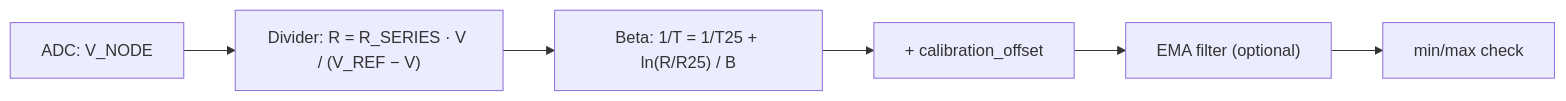
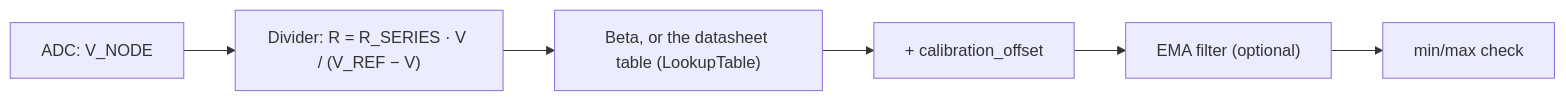
The diagram in docs/conversion.md (hardfoc/hf-ntc-thermistor-driver), drawn with Mermaid before and after one commit. The commit also changed other lines of this file and 32 other files, not shown here.

First line of the commit message:
Datasheet conformance: lookup table, Steinhart-Hart, calibration, sample delay, B from config, install rules, real ESP32 ADC (#9)

````diff
--- a/docs/conversion.md
+++ b/docs/conversion.md
@@ -8,8 +8,8 @@
 ```mermaid
 flowchart LR
     A["ADC: V_NODE"] --> B["Divider: R = R_SERIES · V / (V_REF − V)"]
-    B --> C["Beta: 1/T = 1/T25 + ln(R/R25) / B"]
+    B --> C["Beta, or the datasheet table (LookupTable)"]
     C --> D["+ calibration_offset"]
     D --> E["EMA filter (optional)"]
     E --> F["min/max check"]
 ```
````
